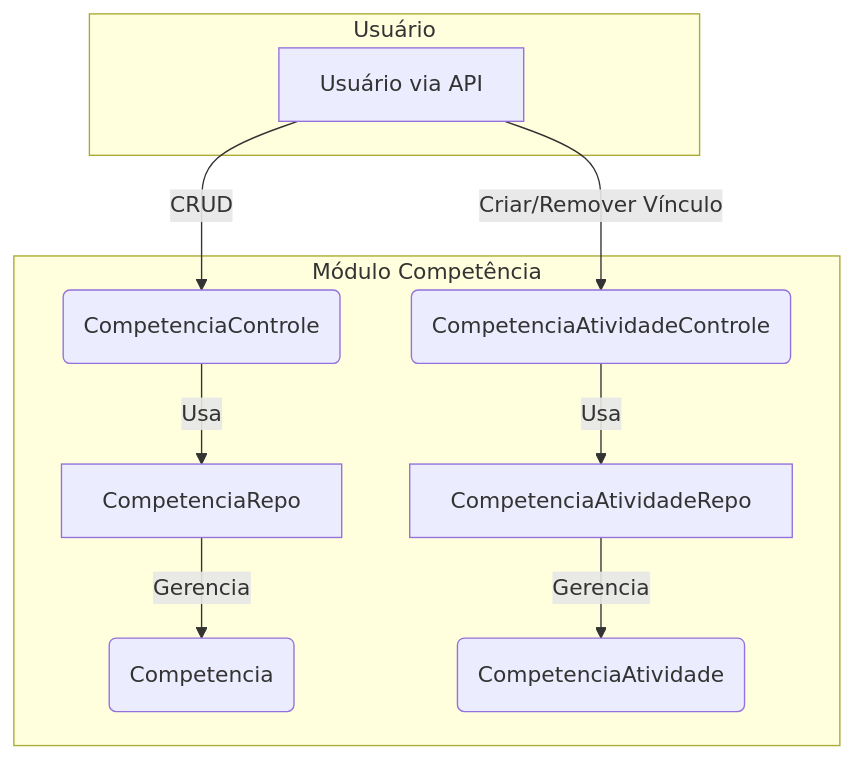
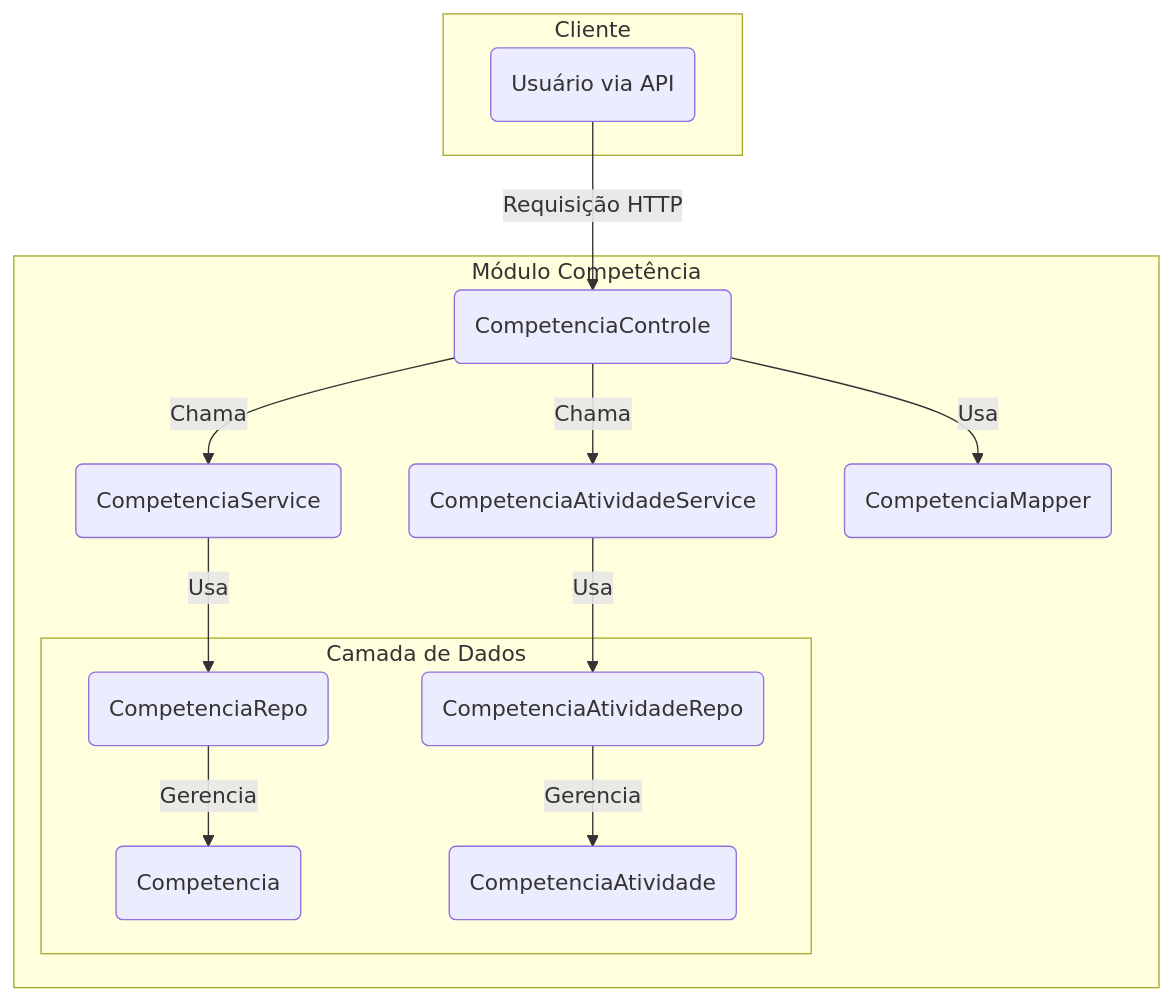
The diagram in backend/src/main/java/sgc/competencia/README.md (lgalvao/sgc), drawn with Mermaid before and after one commit. The commit also changed other lines of this file and 23 other files, not shown here.

First line of the commit message:
docs: Update all backend READMEs and add Mermaid diagrams

````diff
--- a/backend/src/main/java/sgc/competencia/README.md
+++ b/backend/src/main/java/sgc/competencia/README.md
@@ -57,25 +21,32 @@
 ```mermaid
 graph TD
-    subgraph "Usuário"
-        U[Usuário via API]
+    subgraph "Cliente"
+        UsuarioAPI(Usuário via API)
     end
 
     subgraph "Módulo Competência"
-        CC(CompetenciaControle)
-        CAC(CompetenciaAtividadeControle)
+        CompetenciaControle(CompetenciaControle)
+        CompetenciaService(CompetenciaService)
+        CompetenciaAtividadeService(CompetenciaAtividadeService)
+        CompetenciaMapper(CompetenciaMapper)
 
-        CR[CompetenciaRepo]
-        CAR[CompetenciaAtividadeRepo]
-
-        C_E(Competencia)
-        CA_E(CompetenciaAtividade)
+        subgraph "Camada de Dados"
+            CompetenciaRepo(CompetenciaRepo)
+            CompetenciaAtividadeRepo(CompetenciaAtividadeRepo)
+            Competencia(Competencia)
+            CompetenciaAtividade(CompetenciaAtividade)
+        end
     end
 
-    U -- CRUD --> CC
-    CC -- Usa --> CR
-    CR -- Gerencia --> C_E
+    UsuarioAPI -- Requisição HTTP --> CompetenciaControle
 
-    U -- Criar/Remover Vínculo --> CAC
-    CAC -- Usa --> CAR
-    CAR -- Gerencia --> CA_E
+    CompetenciaControle -- Chama --> CompetenciaService
+    CompetenciaControle -- Chama --> CompetenciaAtividadeService
+    CompetenciaControle -- Usa --> CompetenciaMapper
+
+    CompetenciaService -- Usa --> CompetenciaRepo
+    CompetenciaAtividadeService -- Usa --> CompetenciaAtividadeRepo
+
+    CompetenciaRepo -- Gerencia --> Competencia
+    CompetenciaAtividadeRepo -- Gerencia --> CompetenciaAtividade
 ```
````
